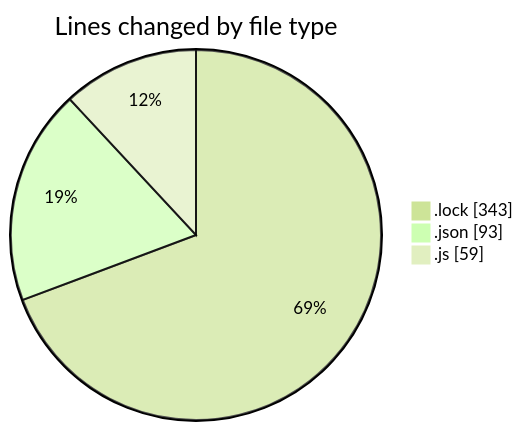
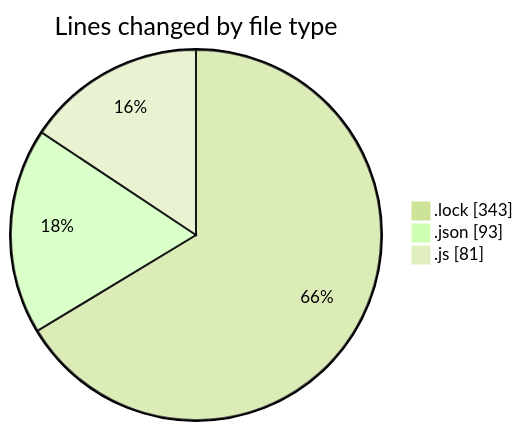
The first of 2 diagrams in 2025-01-30/cda/README.md (momahboobian/code-tracking), drawn with Mermaid (forest theme) before and after one commit. The commit also changed other lines of this file and 1 other file, not shown here.

````diff
--- a/2025-01-30/cda/README.md
+++ b/2025-01-30/cda/README.md
@@ -25,7 +26,7 @@
 ```mermaid
 pie showData
 title Lines changed by file type
 ".lock" : 343
 ".json" : 93
-".js" : 59
+".js" : 81
 ```
````
